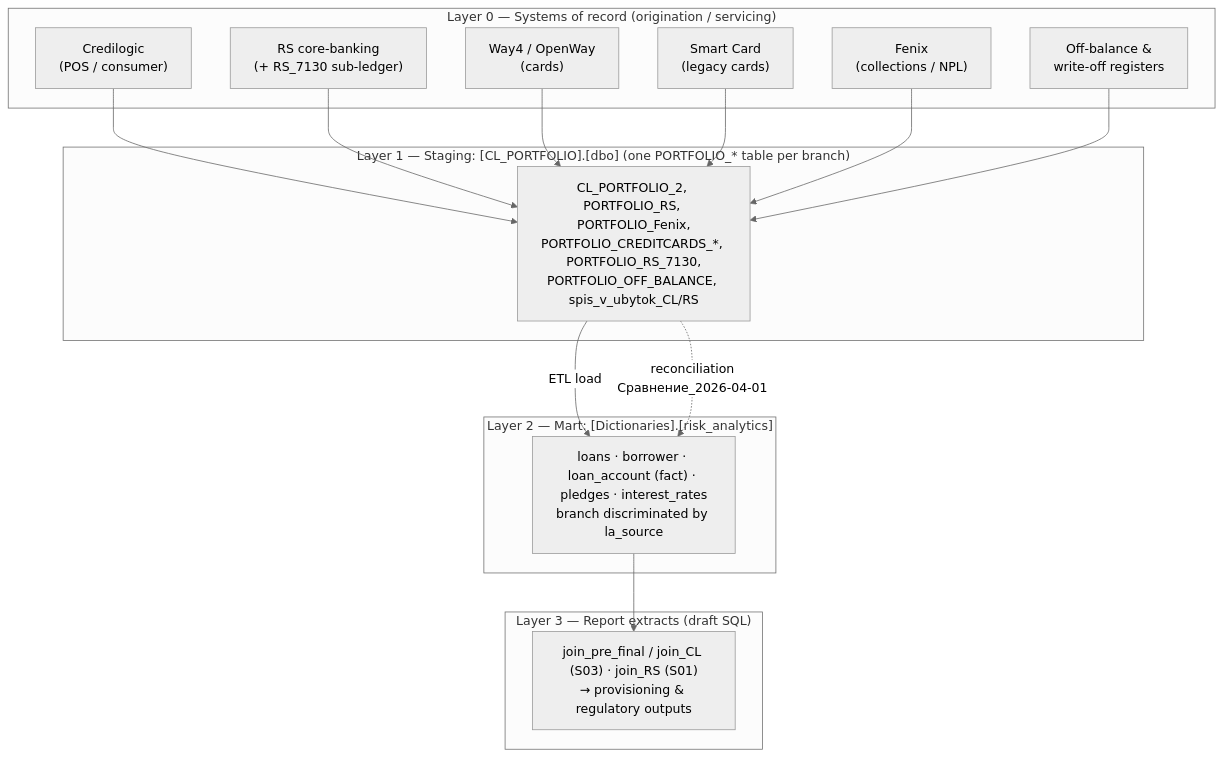
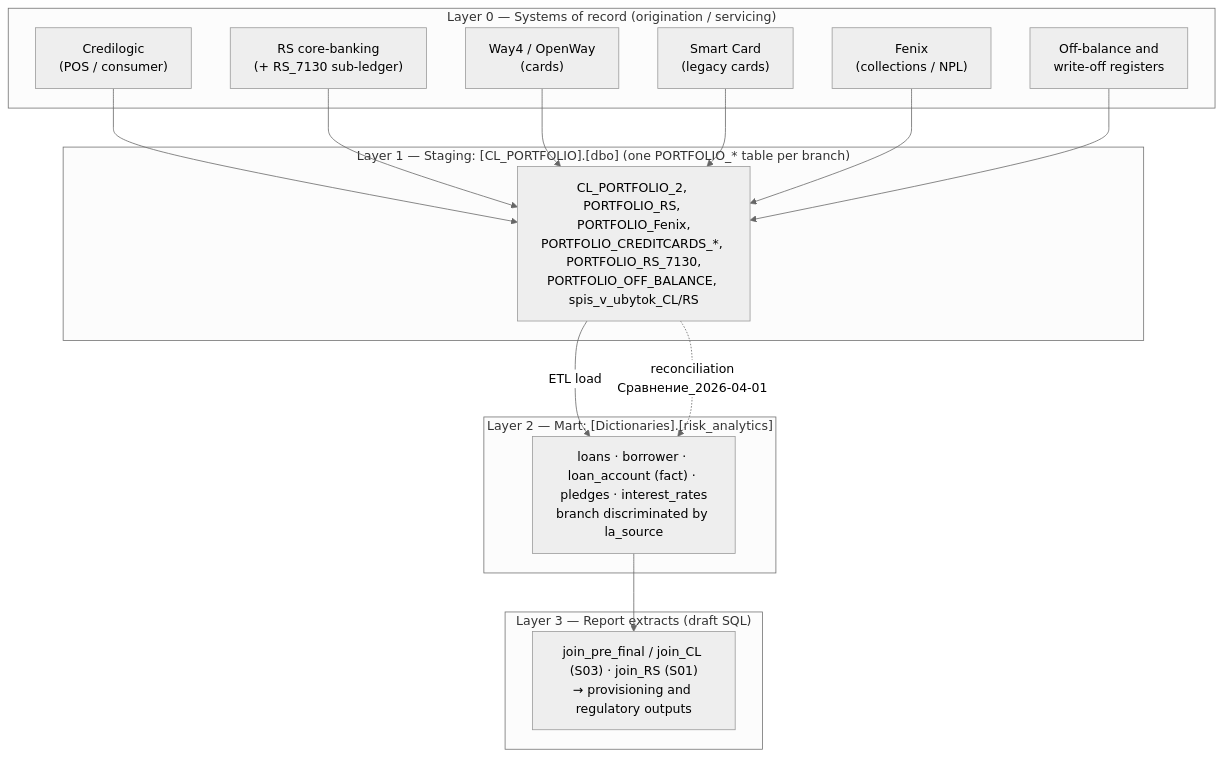
One commit to zakcination/cred_risk changed the diagram in docs/analysis/credit_risk_knowledge_base.md. Above: the diagram before and after it, drawn with Mermaid (neutral theme).

Commit message:
Fix mermaid label rendering (avoid HTML entity in node text)
Claude-Session: https://claude.ai/code/session_01PYDbRXBp3RFzVc3uUkRjjc

````diff
--- a/docs/analysis/credit_risk_knowledge_base.md
+++ b/docs/analysis/credit_risk_knowledge_base.md
@@ -57,33 +57,33 @@
 ```mermaid
 flowchart TD
     subgraph L0["Layer 0 — Systems of record (origination / servicing)"]
         CLsys["Credilogic<br/>(POS / consumer)"]
         RSsys["RS core-banking<br/>(+ RS_7130 sub-ledger)"]
         W4["Way4 / OpenWay<br/>(cards)"]
         SC["Smart Card<br/>(legacy cards)"]
         FX["Fenix<br/>(collections / NPL)"]
-        OBsys["Off-balance &amp;<br/>write-off registers"]
+        OBsys["Off-balance and<br/>write-off registers"]
     end
 
     subgraph L1["Layer 1 — Staging: [CL_PORTFOLIO].[dbo] (one PORTFOLIO_* table per branch)"]
         P["CL_PORTFOLIO_2, PORTFOLIO_RS, PORTFOLIO_Fenix,<br/>PORTFOLIO_CREDITCARDS_*, PORTFOLIO_RS_7130,<br/>PORTFOLIO_OFF_BALANCE, spis_v_ubytok_CL/RS"]
     end
 
     subgraph L2["Layer 2 — Mart: [Dictionaries].[risk_analytics]"]
         M["loans · borrower · loan_account (fact) · pledges · interest_rates<br/>branch discriminated by la_source"]
     end
 
     subgraph L3["Layer 3 — Report extracts (draft SQL)"]
-        R["join_pre_final / join_CL (S03) · join_RS (S01)<br/>→ provisioning &amp; regulatory outputs"]
+        R["join_pre_final / join_CL (S03) · join_RS (S01)<br/>→ provisioning and regulatory outputs"]
     end
 
     CLsys --> P
     RSsys --> P
     W4 --> P
     SC --> P
     FX --> P
     OBsys --> P
     P -->|ETL load| M
     M --> R
     P -. reconciliation<br/>Сравнение_2026-04-01 .-> M
 ```
````
